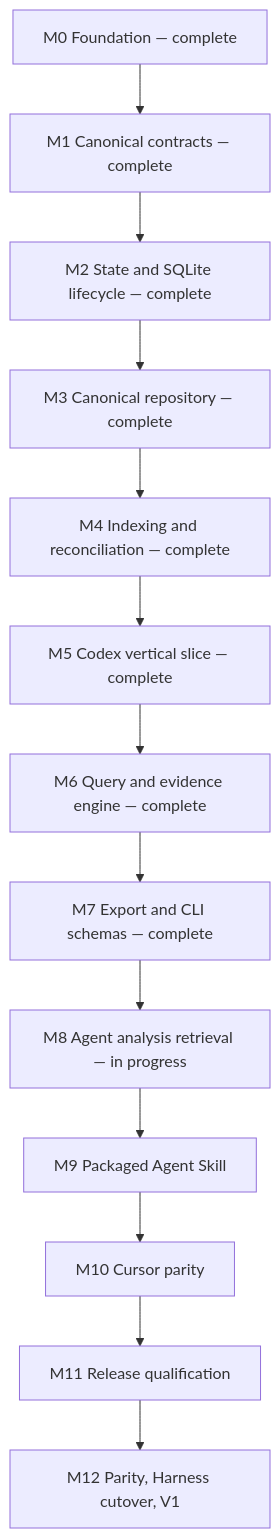
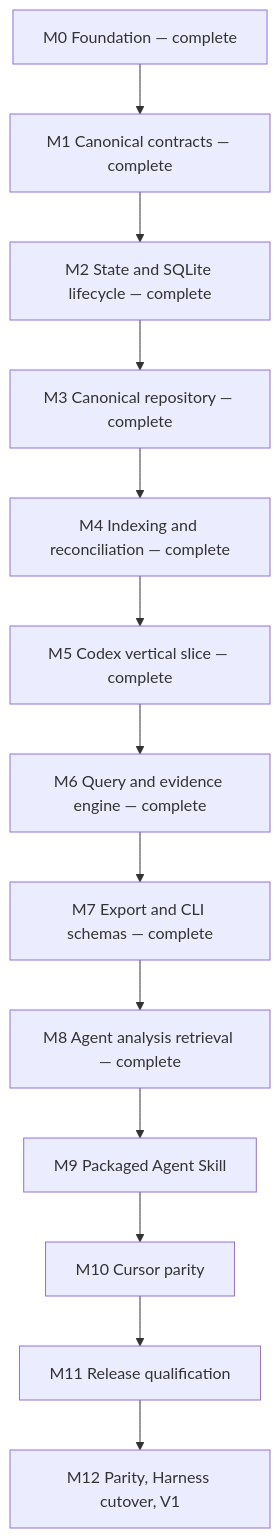
The diagram in dev/plans/260713-v1-implementation-roadmap.md (ferueda/sessions), drawn with Mermaid before and after one commit. The commit also changed other lines of this file and 10 other files, not shown here.

Commit message:
docs: complete M8 query roadmap

````diff
--- a/dev/plans/260713-v1-implementation-roadmap.md
+++ b/dev/plans/260713-v1-implementation-roadmap.md
@@ -112,15 +111,15 @@
 ```mermaid
 flowchart TD
   M0["M0 Foundation — complete"] --> M1["M1 Canonical contracts — complete"]
   M1 --> M2["M2 State and SQLite lifecycle — complete"]
   M2 --> M3["M3 Canonical repository — complete"]
   M3 --> M4["M4 Indexing and reconciliation — complete"]
   M4 --> M5["M5 Codex vertical slice — complete"]
   M5 --> M6["M6 Query and evidence engine — complete"]
   M6 --> M7["M7 Export and CLI schemas — complete"]
-  M7 --> M8["M8 Agent analysis retrieval — in progress"]
+  M7 --> M8["M8 Agent analysis retrieval — complete"]
   M8 --> M9["M9 Packaged Agent Skill"]
   M9 --> M10["M10 Cursor parity"]
   M10 --> M11["M11 Release qualification"]
   M11 --> M12["M12 Parity, Harness cutover, V1"]
 ```
````
